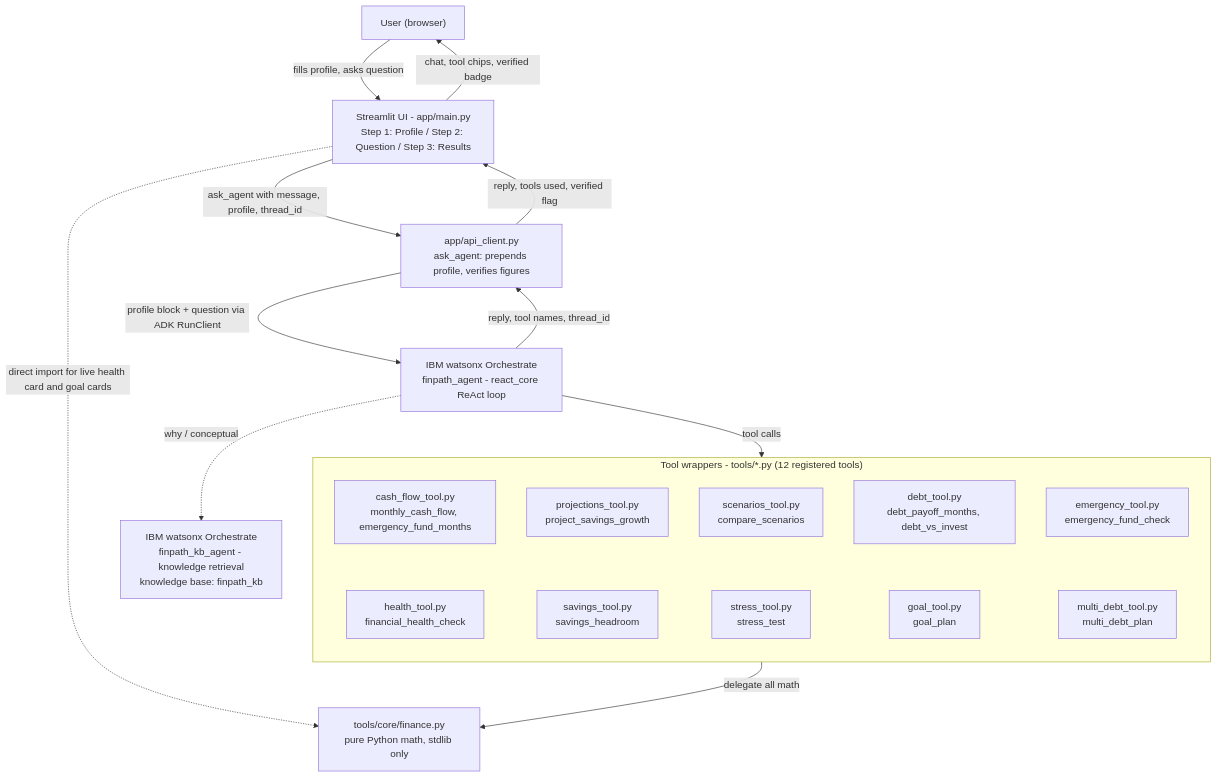
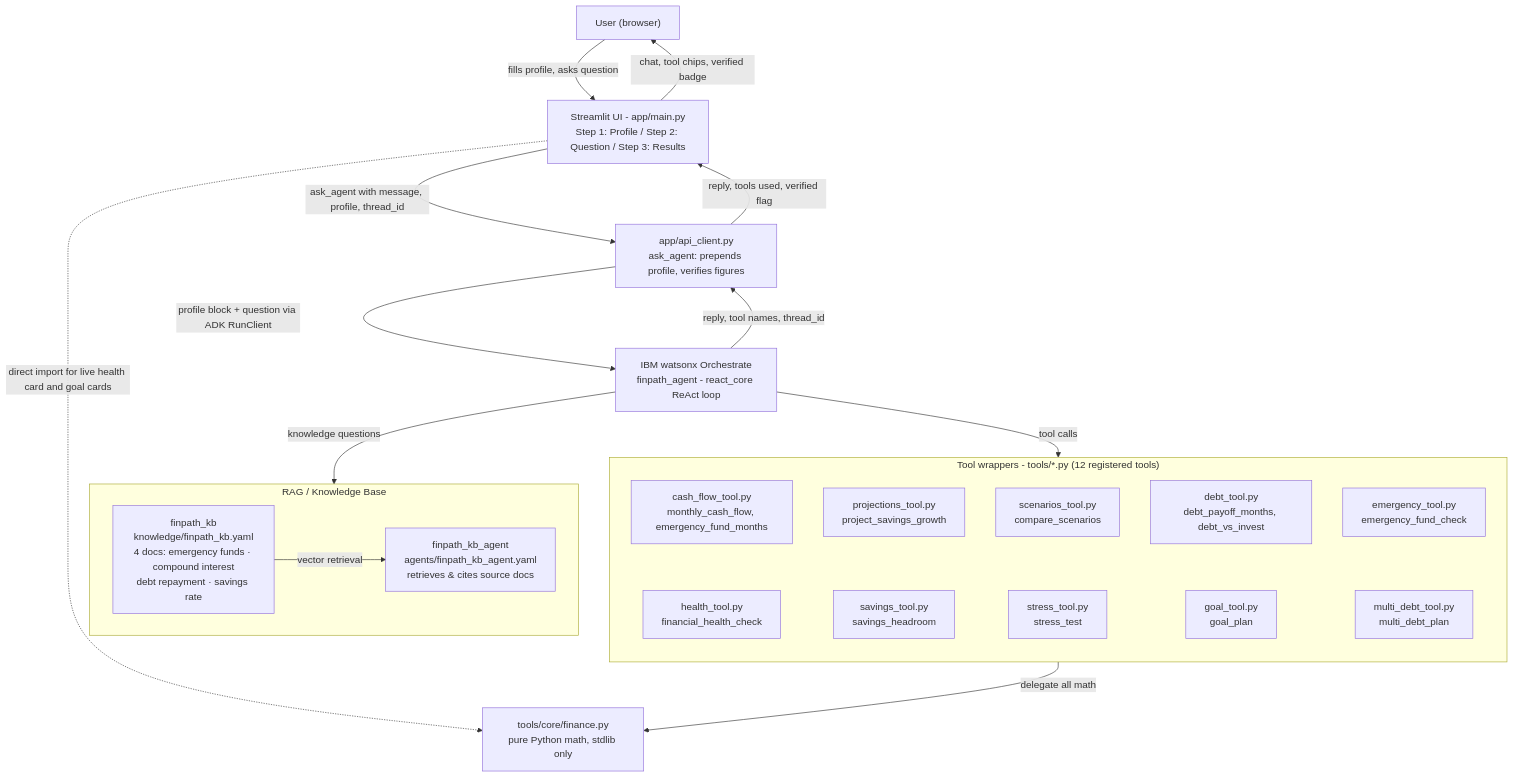
Before and after one commit to Anupama1395/finpath-ai: the diagram in docs/ARCHITECTURE.md, drawn with Mermaid. The commit also changed 3 other files, not shown here.

Commit message:
Update demo script and architecture for RAG

````diff
--- a/docs/ARCHITECTURE.md
+++ b/docs/ARCHITECTURE.md
@@ -5,41 +5,46 @@
 ```mermaid
 flowchart TD
     User["User (browser)"]
     UI["Streamlit UI - app/main.py<br/>Step 1: Profile / Step 2: Question / Step 3: Results"]
     Client["app/api_client.py<br/>ask_agent: prepends profile, verifies figures"]
     WXO["IBM watsonx Orchestrate<br/>finpath_agent - react_core ReAct loop"]
+
+    subgraph RAG["RAG / Knowledge Base"]
+        direction LR
+        KB["finpath_kb<br/>knowledge/finpath_kb.yaml<br/>4 docs: emergency funds · compound interest<br/>debt repayment · savings rate"]
+        KBA["finpath_kb_agent<br/>agents/finpath_kb_agent.yaml<br/>retrieves & cites source docs"]
+        KB -->|"vector retrieval"| KBA
+    end
 
     subgraph Wrappers["Tool wrappers - tools/*.py (12 registered tools)"]
         direction TB
         T1["cash_flow_tool.py<br/>monthly_cash_flow, emergency_fund_months"]
         T2["projections_tool.py<br/>project_savings_growth"]
         T3["scenarios_tool.py<br/>compare_scenarios"]
         T4["debt_tool.py<br/>debt_payoff_months, debt_vs_invest"]
         T5["emergency_tool.py<br/>emergency_fund_check"]
         T6["health_tool.py<br/>financial_health_check"]
         T7["savings_tool.py<br/>savings_headroom"]
         T8["stress_tool.py<br/>stress_test"]
         T9["goal_tool.py<br/>goal_plan"]
         T10["multi_debt_tool.py<br/>multi_debt_plan"]
         T1 ~~~ T6
         T2 ~~~ T7
         T3 ~~~ T8
         T4 ~~~ T9
         T5 ~~~ T10
     end
 
     Core["tools/core/finance.py<br/>pure Python math, stdlib only"]
 
-    KBAgent["IBM watsonx Orchestrate<br/>finpath_kb_agent - knowledge retrieval<br/>knowledge base: finpath_kb"]
-
     User -->|"fills profile, asks question"| UI
     UI -->|"ask_agent with message, profile, thread_id"| Client
     Client -->|"profile block + question via ADK RunClient"| WXO
+    WXO -->|"knowledge questions"| KBA
     WXO -->|"tool calls"| Wrappers
     Wrappers -->|"delegate all math"| Core
     UI -.->|"direct import for live health card and goal cards"| Core
     WXO -->|"reply, tool names, thread_id"| Client
     Client -->|"reply, tools used, verified flag"| UI
     UI -->|"chat, tool chips, verified badge"| User
-    WXO -.->|"why / conceptual"| KBAgent
 ```
````
